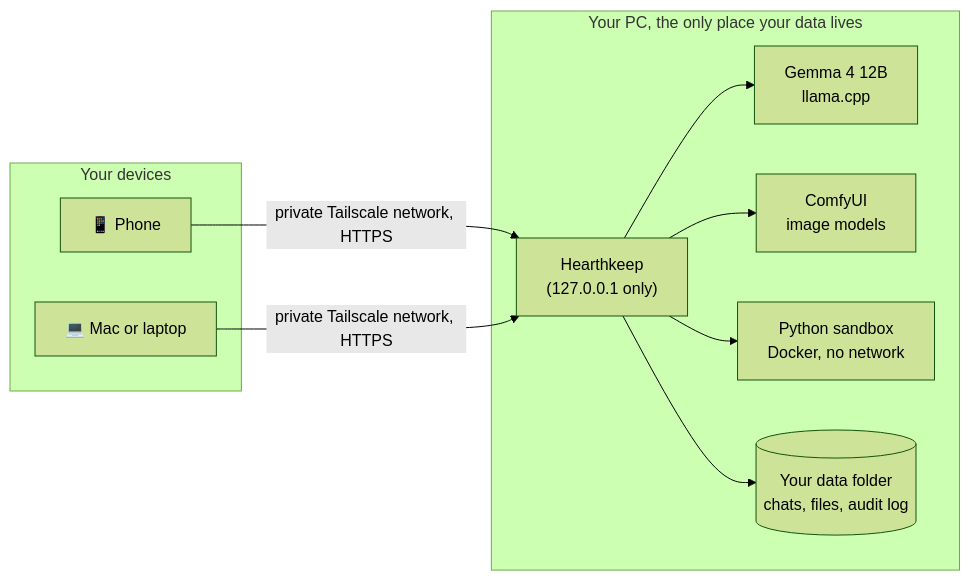
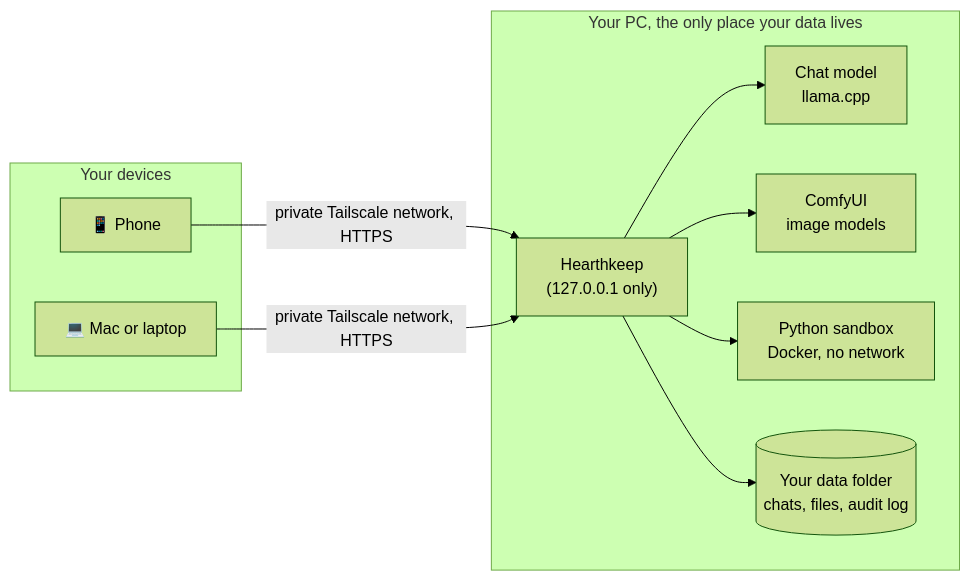
Before and after one commit to hammadakhatri/hearthkeep: the third of 4 diagrams in README.md, drawn with Mermaid (forest theme). The commit also changed other lines of this file and 6 other files, not shown here.

Commit message:
docs: models come from Settings › Chat model

````diff
--- a/README.md
+++ b/README.md
@@ -210,20 +210,20 @@
 ```mermaid
 flowchart LR
     subgraph you["Your devices"]
         phone["📱 Phone"]
         mac["💻 Mac or laptop"]
     end
     subgraph pc["Your PC, the only place your data lives"]
         hk["Hearthkeep<br/>(127.0.0.1 only)"]
-        llm["Gemma 4 12B<br/>llama.cpp"]
+        llm["Chat model<br/>llama.cpp"]
         img["ComfyUI<br/>image models"]
         box["Python sandbox<br/>Docker, no network"]
         data[("Your data folder<br/>chats, files, audit log")]
     end
     phone -- "private Tailscale network, HTTPS" --> hk
     mac -- "private Tailscale network, HTTPS" --> hk
     hk --> llm
     hk --> img
     hk --> box
     hk --> data
 ```
````
